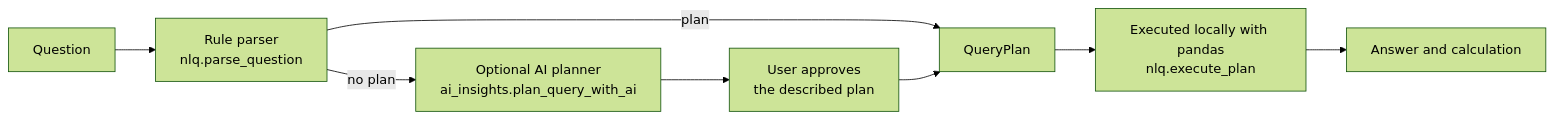
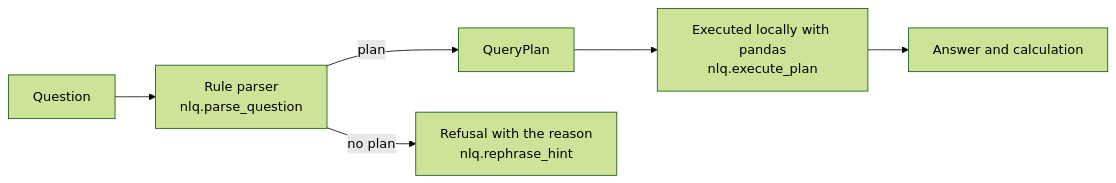
Before and after one commit to saineshnakra/automated-data-analyst: the second of 2 diagrams in docs/how-it-works.md, drawn with Mermaid (forest theme). The commit also changed other lines of this file and 168 other files, not shown here.

````diff
--- a/docs/how-it-works.md
+++ b/docs/how-it-works.md
@@ -151,10 +150,8 @@
 ```mermaid
 flowchart LR
     Q["Question"] --> P["Rule parser<br/>nlq.parse_question"]
     P -->|plan| PLAN["QueryPlan"]
-    P -->|no plan| AI["Optional AI planner<br/>ai_insights.plan_query_with_ai"]
-    AI --> OK["User approves<br/>the described plan"]
-    OK --> PLAN
+    P -->|no plan| R["Refusal with the reason<br/>nlq.rephrase_hint"]
     PLAN --> X["Executed locally with pandas<br/>nlq.execute_plan"]
     X --> ANS["Answer and calculation"]
 ```
````
